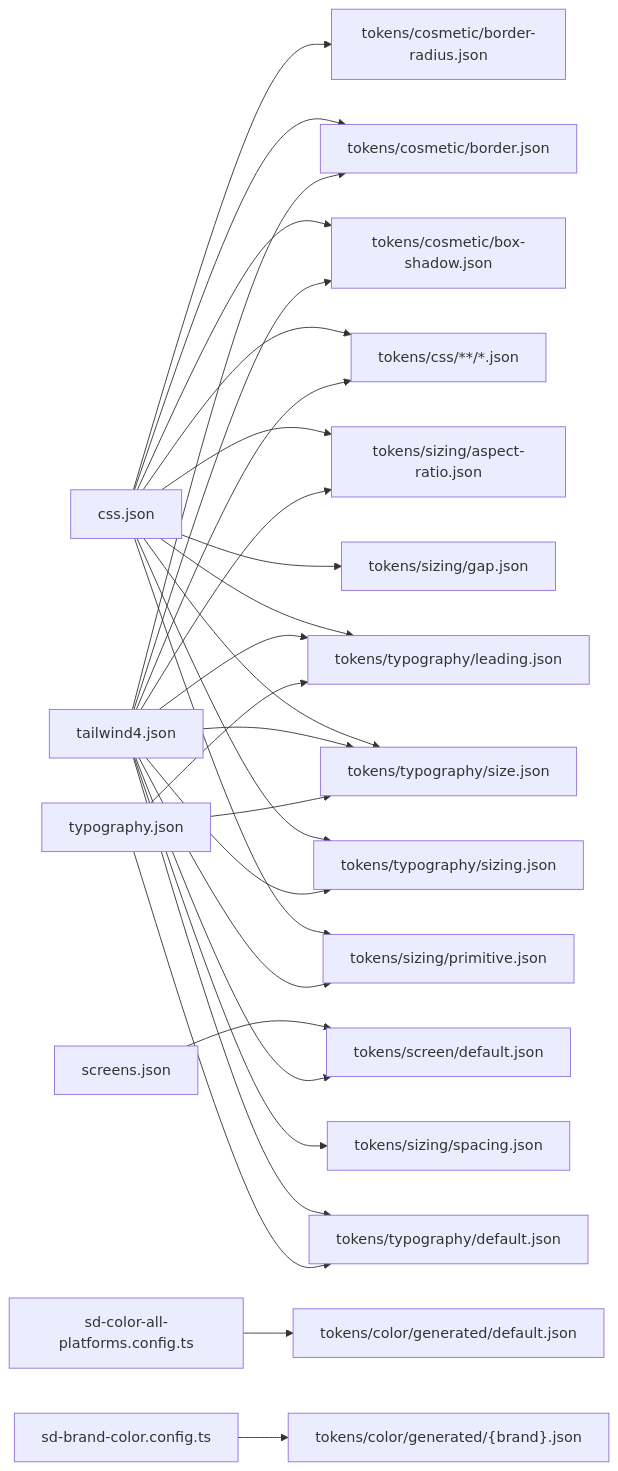
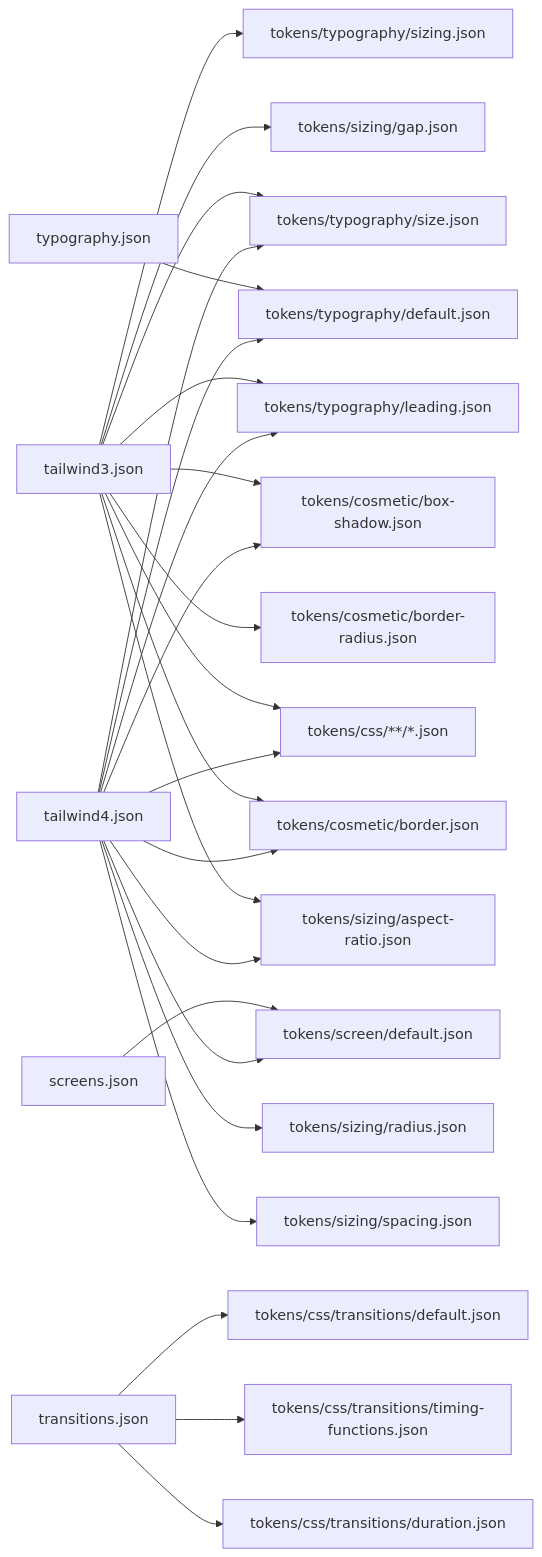
Before and after one commit to magma-design-system/magma: the first of 2 diagrams in projects/design-tokens/src/config/README.md, drawn with Mermaid. The commit also changed other lines of this file and 12 other files, not shown here.

````diff
--- a/projects/design-tokens/src/config/README.md
+++ b/projects/design-tokens/src/config/README.md
@@ -9,41 +7,27 @@
 ```mermaid
 flowchart LR
-  %% css.json
-  css["css.json"] --> bradius["tokens/cosmetic/border-radius.json"]
-  css --> border["tokens/cosmetic/border.json"]
-  css --> bshadow["tokens/cosmetic/box-shadow.json"]
-  css --> csswild["tokens/css/**/*.json"]
-  css --> aspect["tokens/sizing/aspect-ratio.json"]
-  css --> gap["tokens/sizing/gap.json"]
-  css --> lead["tokens/typography/leading.json"]
-  css --> size["tokens/typography/size.json"]
-  css --> sizing["tokens/typography/sizing.json"]
-  css --> primitive["tokens/sizing/primitive.json"]
-
-  %% screens.json
-  screens["screens.json"] --> screenDefault["tokens/screen/default.json"]
-
-  %% tailwind4.json
-  tw["tailwind4.json"] --> spacing["tokens/sizing/spacing.json"]
-  tw --> aspect
-  tw --> defaultType["tokens/typography/default.json"]
-  tw --> lead
-  tw --> size
-  tw --> csswild
-  tw --> border
-  tw --> bshadow
-  tw --> screenDefault
-  tw --> primitive
-  tw --> sizing
-
-  %% typography.json
-  typo["typography.json"] --> defaultType
-  typo --> lead
-  typo --> size
-
-  %% sd-color-all-platforms.config.ts
-  colorAll["sd-color-all-platforms.config.ts"] --> defColor["tokens/color/generated/default.json"]
-
-  %% sd-brand-color.config.ts
-  brandColor["sd-brand-color.config.ts"] --> brandToken["tokens/color/generated/{brand}.json"]
+  typography_json["typography.json"] --> tokens_typography_default_json["tokens/typography/default.json"]
+  tailwind3_json["tailwind3.json"] --> tokens_cosmetic_border_radius_json["tokens/cosmetic/border-radius.json"]
+  tailwind3_json["tailwind3.json"] --> tokens_cosmetic_border_json["tokens/cosmetic/border.json"]
+  tailwind3_json["tailwind3.json"] --> tokens_cosmetic_box_shadow_json["tokens/cosmetic/box-shadow.json"]
+  tailwind3_json["tailwind3.json"] --> tokens_css______json["tokens/css/**/*.json"]
+  tailwind3_json["tailwind3.json"] --> tokens_sizing_aspect_ratio_json["tokens/sizing/aspect-ratio.json"]
+  tailwind3_json["tailwind3.json"] --> tokens_sizing_gap_json["tokens/sizing/gap.json"]
+  tailwind3_json["tailwind3.json"] --> tokens_typography_leading_json["tokens/typography/leading.json"]
+  tailwind3_json["tailwind3.json"] --> tokens_typography_size_json["tokens/typography/size.json"]
+  tailwind3_json["tailwind3.json"] --> tokens_typography_sizing_json["tokens/typography/sizing.json"]
+  screens_json["screens.json"] --> tokens_screen_default_json["tokens/screen/default.json"]
+  tailwind4_json["tailwind4.json"] --> tokens_sizing_spacing_json["tokens/sizing/spacing.json"]
+  tailwind4_json["tailwind4.json"] --> tokens_sizing_aspect_ratio_json["tokens/sizing/aspect-ratio.json"]
+  tailwind4_json["tailwind4.json"] --> tokens_sizing_radius_json["tokens/sizing/radius.json"]
+  tailwind4_json["tailwind4.json"] --> tokens_typography_default_json["tokens/typography/default.json"]
+  tailwind4_json["tailwind4.json"] --> tokens_typography_leading_json["tokens/typography/leading.json"]
+  tailwind4_json["tailwind4.json"] --> tokens_typography_size_json["tokens/typography/size.json"]
+  tailwind4_json["tailwind4.json"] --> tokens_css______json["tokens/css/**/*.json"]
+  tailwind4_json["tailwind4.json"] --> tokens_cosmetic_border_json["tokens/cosmetic/border.json"]
+  tailwind4_json["tailwind4.json"] --> tokens_cosmetic_box_shadow_json["tokens/cosmetic/box-shadow.json"]
+  tailwind4_json["tailwind4.json"] --> tokens_screen_default_json["tokens/screen/default.json"]
+  transitions_json["transitions.json"] --> tokens_css_transitions_duration_json["tokens/css/transitions/duration.json"]
+  transitions_json["transitions.json"] --> tokens_css_transitions_timing_functions_json["tokens/css/transitions/timing-functions.json"]
+  transitions_json["transitions.json"] --> tokens_css_transitions_default_json["tokens/css/transitions/default.json"]
 ```
````
